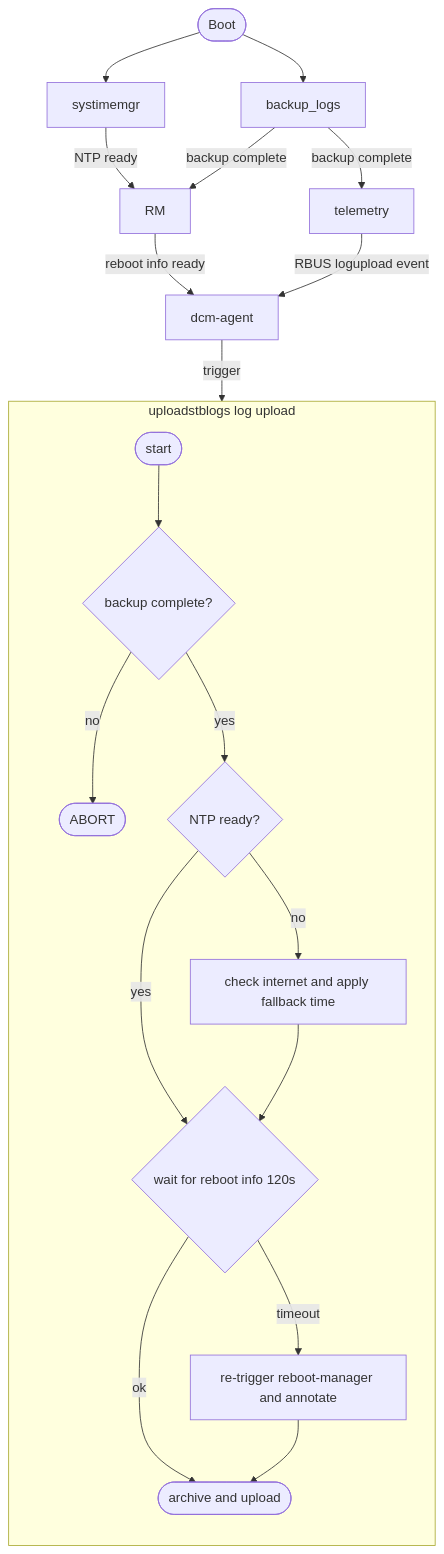
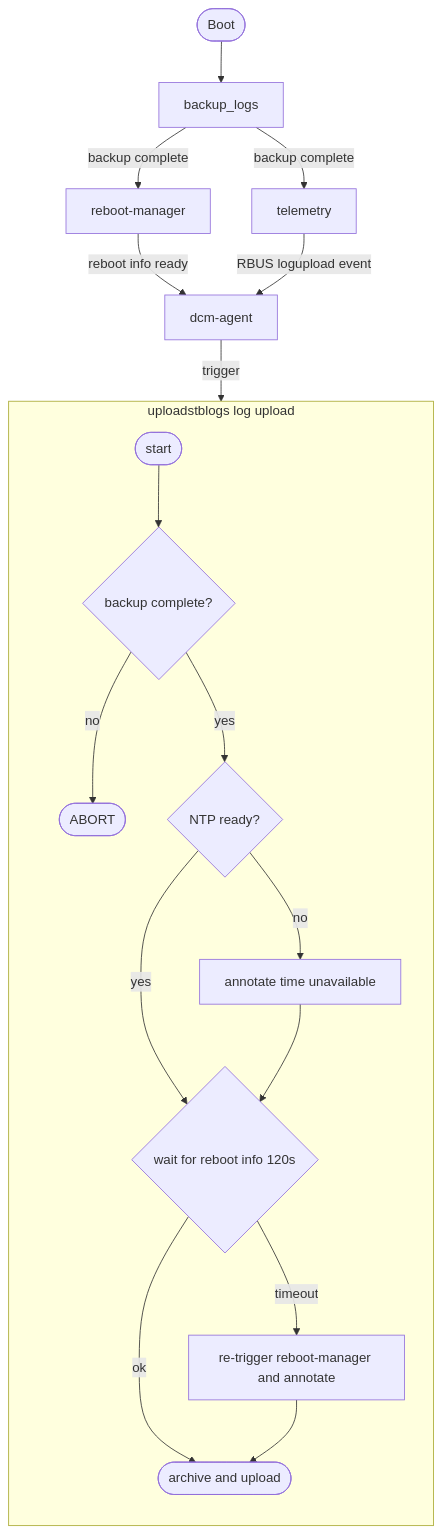
One commit to rdkcentral/dcm-agent changed the second of 2 diagrams in stateanalysis.md. Above: the diagram before and after it, drawn with Mermaid. The commit also changed other lines of this file, not shown here.

````diff
--- a/stateanalysis.md
+++ b/stateanalysis.md
@@ -48,29 +43,27 @@
 ```mermaid
 flowchart TB
     BOOT([Boot])
 
-    BOOT --> SYS[systimemgr]
     BOOT --> BL[backup_logs]
 
-    SYS -->|NTP ready| RM
-    BL  -->|backup complete| RM
-    BL  -->|backup complete| TEL[telemetry]
+    BL -->|backup complete| RM[reboot-manager]
+    BL -->|backup complete| TEL[telemetry]
 
     RM  -->|reboot info ready| DCM[dcm-agent]
     TEL -->|RBUS logupload event| DCM
 
     subgraph UL [uploadstblogs log upload]
         direction TB
         S([start]) --> G1{"backup complete?"}
         G1 -- no  --> ABORT([ABORT])
         G1 -- yes --> G2{"NTP ready?"}
-        G2 -- no  --> NTP[check internet and apply fallback time]
+        G2 -- no  --> NTP[annotate time unavailable]
         G2 -- yes --> W{"wait for reboot info 120s"}
         NTP --> W
         W -- ok      --> DONE([archive and upload])
         W -- timeout --> TRIG[re-trigger reboot-manager and annotate]
         TRIG --> DONE
     end
 
     DCM -->|trigger| S
 ```
````
